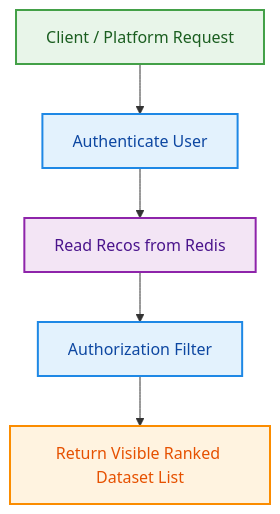
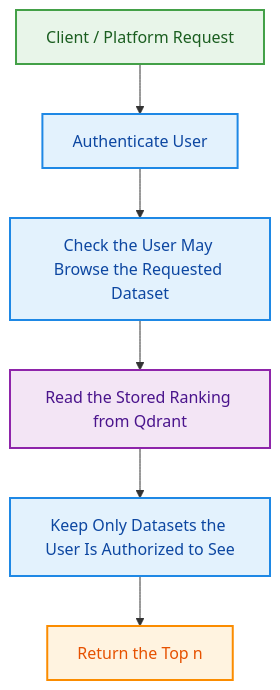
The third of 3 diagrams in docs/source/workflows.md (datagems-eosc/dataset-recsys), drawn with Mermaid before and after one commit. The commit also changed other lines of this file and 5 other files, not shown here.

First line of the commit message:
docs: describe the architecture, methods and workflows after the Qdrant migration

````diff
--- a/docs/source/workflows.md
+++ b/docs/source/workflows.md
@@ -78,18 +98,19 @@
 ```mermaid
 %%{init: {'flowchart': {'nodeSpacing': 22, 'rankSpacing': 22, 'curve': 'linear'}, 'themeVariables': {'fontSize': '12px', 'lineColor': '#9E9E9E', 'edgeLabelBackground':'#ffffff', 'primaryBorderColor':'#BDBDBD', 'clusterBorder':'#E0E0E0', 'lineWidth':'0\.9px'}}}%%
 flowchart TB
-    A[Client / Platform Request] --> B[Authenticate User]
-    B --> C[Read Recos from Redis]
-    C --> D[Authorization Filter]
-    D --> E[Return Visible Ranked Dataset List]
+    A["Client / Platform Request"] --> B[Authenticate User]
+    B --> C[Check the User May Browse the Requested Dataset]
+    C --> D[Read the Stored Ranking from Qdrant]
+    D --> E[Keep Only Datasets the User Is Authorized to See]
+    E --> F[Return the Top n]
 
     classDef request fill:#E8F5E9,stroke:#43A047,stroke-width:2px,color:#1B5E20;
     classDef access fill:#E3F2FD,stroke:#1E88E5,stroke-width:2px,color:#0D47A1;
     classDef storage fill:#F3E5F5,stroke:#8E24AA,stroke-width:2px,color:#4A148C;
     classDef result fill:#FFF3E0,stroke:#FB8C00,stroke-width:2px,color:#E65100;
 
     class A request;
-    class B,D access;
-    class C storage;
-    class E result;
+    class B,C,E access;
+    class D storage;
+    class F result;
 ```
````
